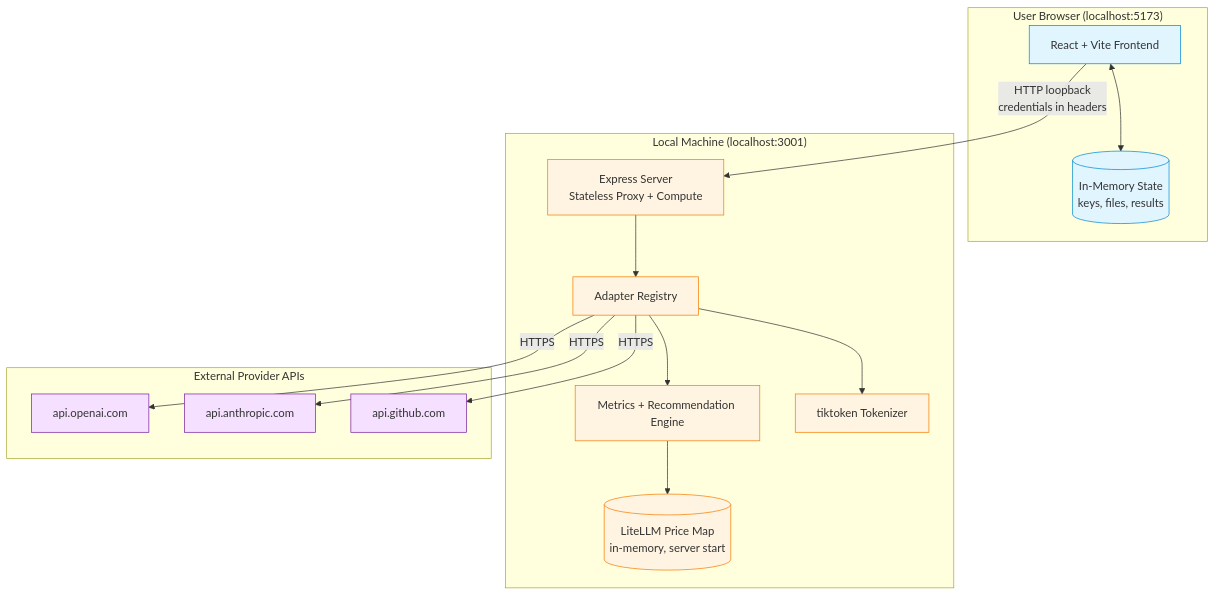
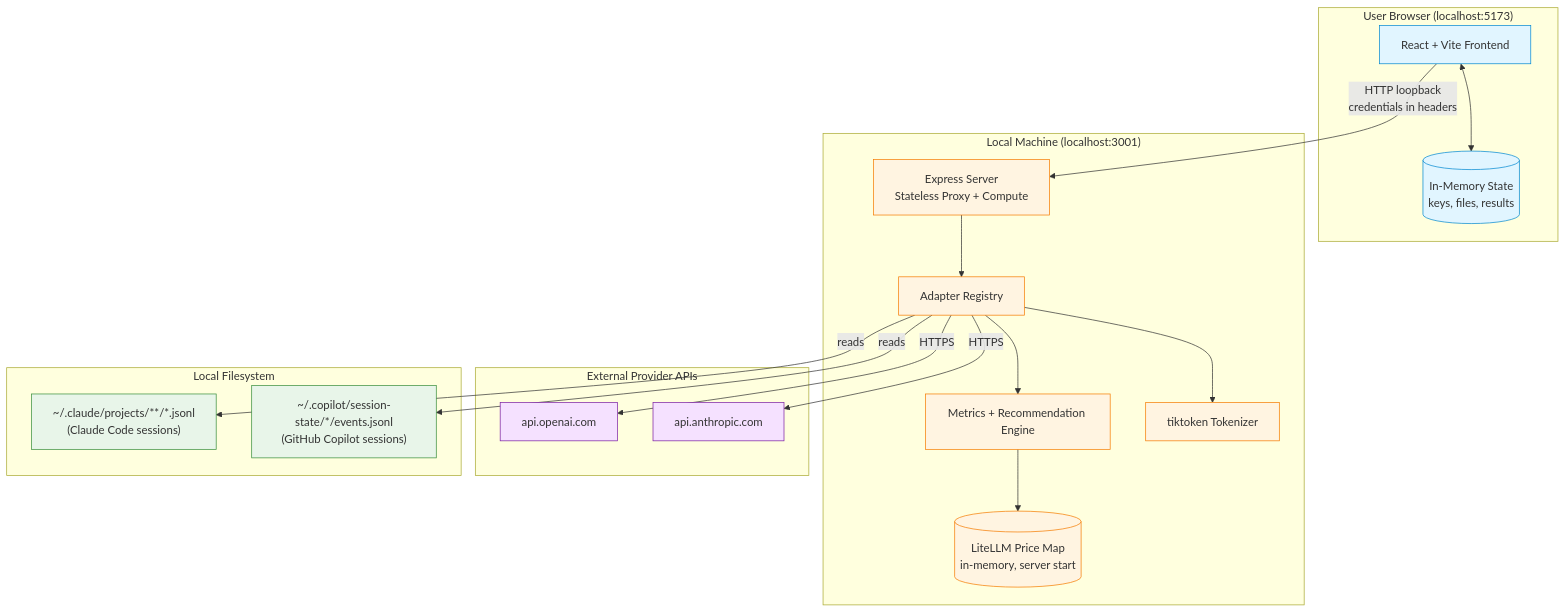
Before and after one commit to DaniHalfin/Promptly: the first of 5 diagrams in docs/engineering-design.md, drawn with Mermaid. The commit also changed other lines of this file and 3 other files, not shown here.

Commit message:
docs: sync non-code artifacts with v1.2 Copilot adapter changes

````diff
--- a/docs/engineering-design.md
+++ b/docs/engineering-design.md
@@ -31,38 +33,45 @@
 ```mermaid
 graph TB
     subgraph Browser["User Browser (localhost:5173)"]
         UI[React + Vite Frontend]
         Mem[("In-Memory State<br/>keys, files, results")]
         UI <--> Mem
     end
 
     subgraph Local["Local Machine (localhost:3001)"]
         API[Express Server<br/>Stateless Proxy + Compute]
         ADP[Adapter Registry]
         ENG[Metrics + Recommendation Engine]
         PRICE[(LiteLLM Price Map<br/>in-memory, server start)]
         TT[tiktoken Tokenizer]
         API --> ADP
         ADP --> ENG
         ENG --> PRICE
         ADP --> TT
     end
 
     subgraph External["External Provider APIs"]
         OAI[api.openai.com]
         ANT[api.anthropic.com]
-        GH[api.github.com]
+    end
+
+    subgraph LocalFS["Local Filesystem"]
+        CC["~/.claude/projects/**/*.jsonl<br/>(Claude Code sessions)"]
+        GHC["~/.copilot/session-state/*/events.jsonl<br/>(GitHub Copilot sessions)"]
     end
 
     UI -->|HTTP loopback<br/>credentials in headers| API
     ADP -->|HTTPS| OAI
     ADP -->|HTTPS| ANT
-    ADP -->|HTTPS| GH
+    ADP -->|reads| CC
+    ADP -->|reads| GHC
 
     classDef browser fill:#e1f5ff,stroke:#0288d1
     classDef local fill:#fff4e1,stroke:#f57c00
     classDef external fill:#f5e1ff,stroke:#7b1fa2
+    classDef localfs fill:#e8f5e9,stroke:#388e3c
     class UI,Mem browser
     class API,ADP,ENG,PRICE,TT local
-    class OAI,ANT,GH external
+    class OAI,ANT external
+    class CC,GHC localfs
 ```
````
